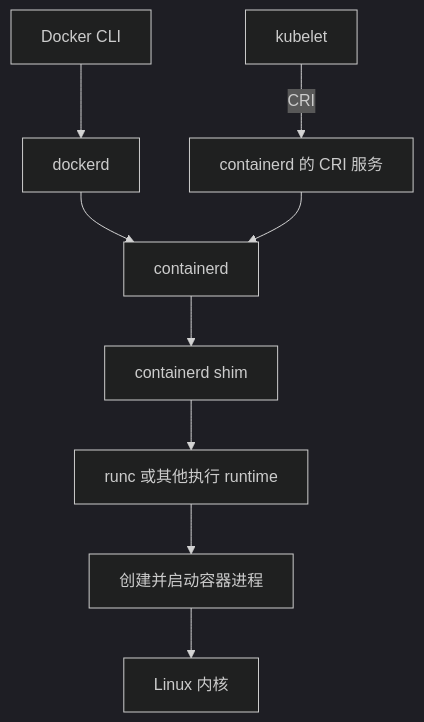
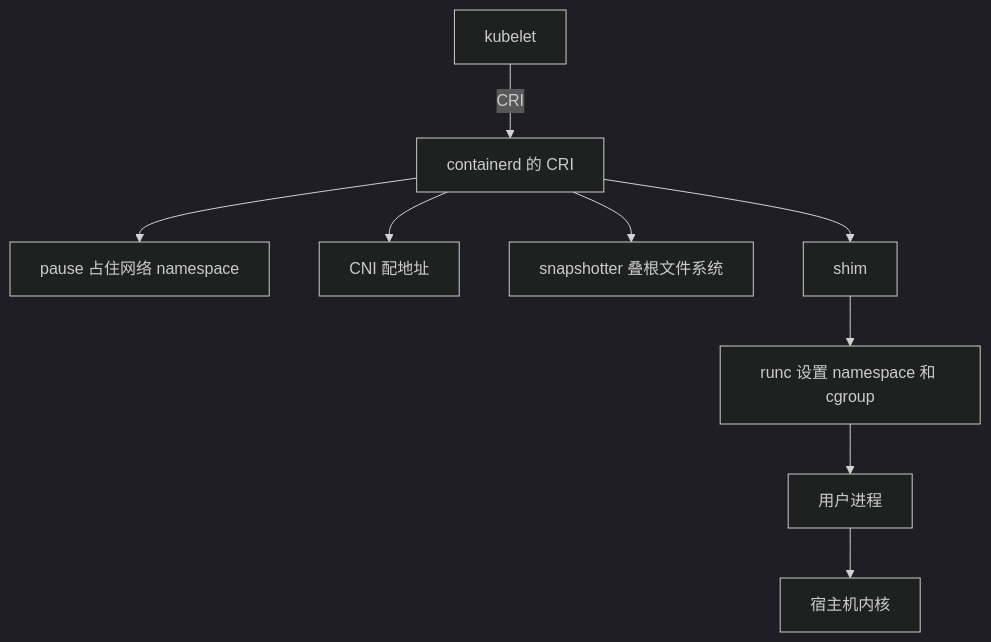
The diagram in blog/容器运行时.md (luzhixing12345/luzhixing12345.github.io), drawn with Mermaid (dark theme) before and after one commit. The commit also changed other lines of this file and 37 other files, not shown here.

````diff
--- a/blog/容器运行时.md
+++ b/blog/容器运行时.md
@@ -86,11 +63,11 @@
 ```mermaid
 flowchart TD
-    A[Docker CLI] --> B[dockerd]
-    B --> C[containerd]
-    D[kubelet] -->|CRI| E[containerd 的 CRI 服务]
-    E --> C
-    C --> F[containerd shim]
-    F --> G[runc 或其他执行 runtime]
-    G --> H[创建并启动容器进程]
-    H --> I[Linux 内核]
+  kubelet[kubelet] -->|CRI| cri[containerd 的 CRI]
+  cri --> pause[pause 占住网络 namespace]
+  cri --> cni[CNI 配地址]
+  cri --> snap[snapshotter 叠根文件系统]
+  cri --> shim[shim]
+  shim --> runc[runc 设置 namespace 和 cgroup]
+  runc --> proc[用户进程]
+  proc --> kernel[宿主机内核]
 ```
````
